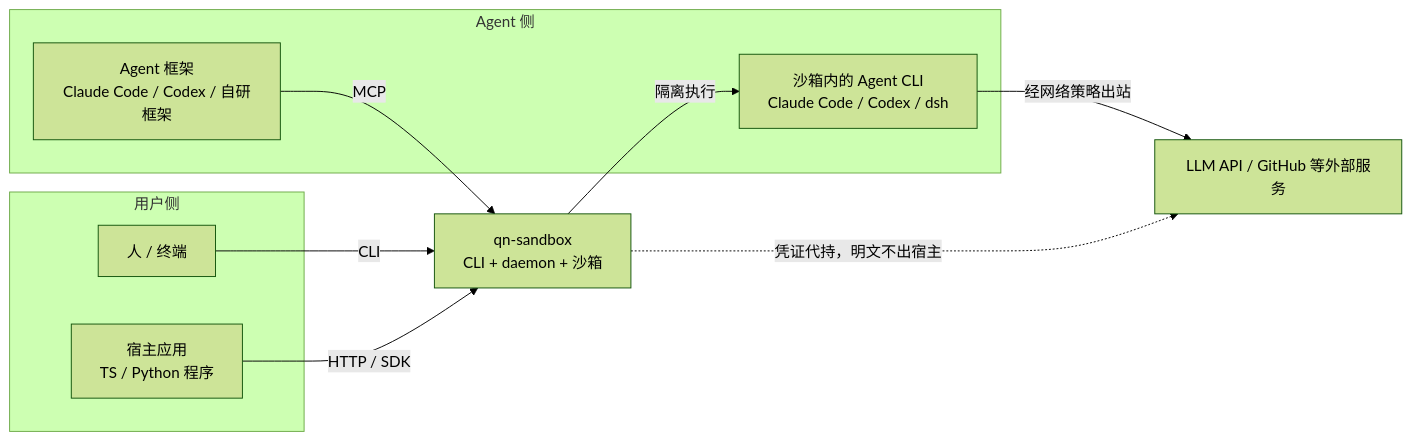
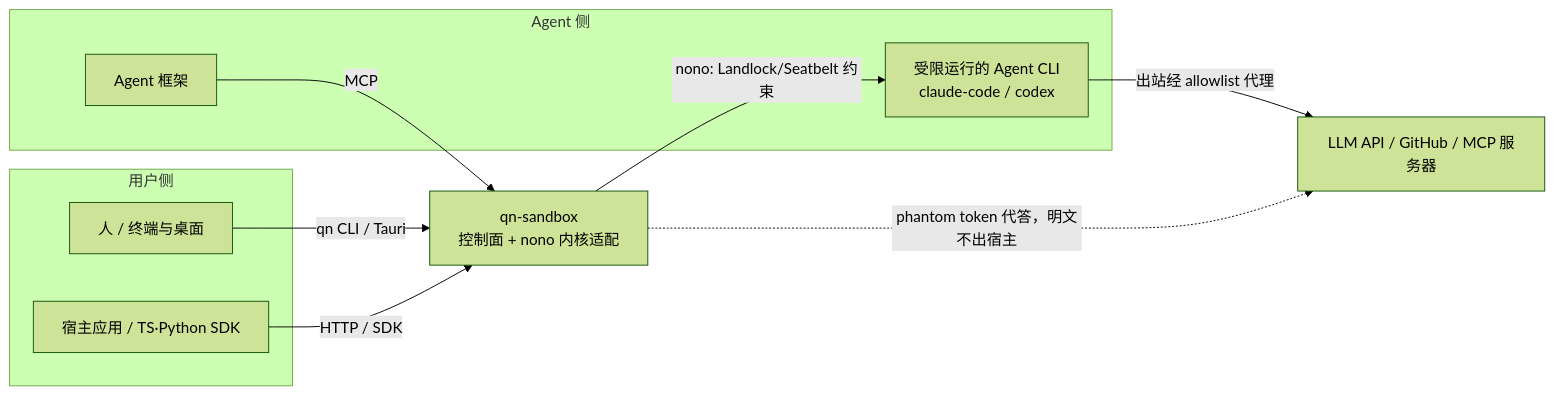
One commit to gac0812/qn-sandbox changed the first of 2 diagrams in docs/architecture-breakdown.md. Above: the diagram before and after it, drawn with Mermaid (forest theme). The commit also changed other lines of this file and 23 other files, not shown here.

````diff
--- a/docs/architecture-breakdown.md
+++ b/docs/architecture-breakdown.md
@@ -14,19 +14,19 @@
 ```mermaid
 flowchart LR
     subgraph 用户侧
-        H[人 / 终端]
-        APP[宿主应用<br/>TS / Python 程序]
+        H[人 / 终端与桌面]
+        APP[宿主应用 / TS·Python SDK]
     end
     subgraph Agent 侧
-        FW[Agent 框架<br/>Claude Code / Codex / 自研框架]
-        INSBX[沙箱内的 Agent CLI<br/>Claude Code / Codex / dsh]
+        FW[Agent 框架]
+        AG[受限运行的 Agent CLI<br/>claude-code / codex]
     end
-    SYS[qn-sandbox<br/>CLI + daemon + 沙箱]
-    NET[LLM API / GitHub 等外部服务]
-    H -->|CLI| SYS
+    SYS[qn-sandbox<br/>控制面 + nono 内核适配]
+    NET[LLM API / GitHub / MCP 服务器]
+    H -->|qn CLI / Tauri| SYS
     APP -->|HTTP / SDK| SYS
     FW -->|MCP| SYS
-    SYS -->|隔离执行| INSBX
-    INSBX -->|经网络策略出站| NET
-    SYS -.->|凭证代持，明文不出宿主| NET
+    SYS -->|nono: Landlock/Seatbelt 约束| AG
+    AG -->|出站经 allowlist 代理| NET
+    SYS -.->|phantom token 代答，明文不出宿主| NET
 ```
````
